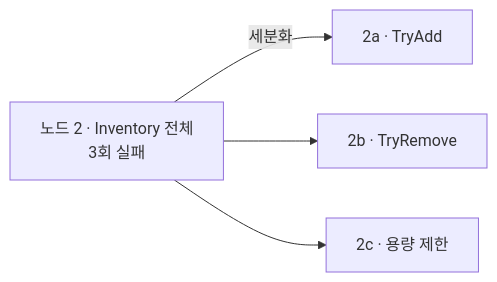
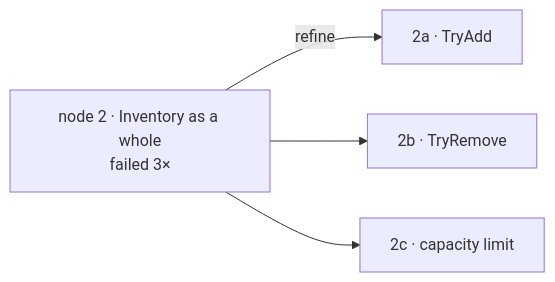
Before and after one commit to SeoBYP/GameDev-AgentLoop: the third of 11 diagrams in docs/ARCHITECTURE.md, drawn with Mermaid. The commit also changed other lines of this file and 21 other files, not shown here.

First line of the commit message:
오픈소스화 3단계 — 런타임 출력 영어 통일 + ARCHITECTURE 영어판

````diff
--- a/docs/ARCHITECTURE.md
+++ b/docs/ARCHITECTURE.md
@@ -129,6 +132,6 @@
 ```mermaid
 flowchart LR
-    A["노드 2 · Inventory 전체<br/>3회 실패"] -->|"세분화"| B1["2a · TryAdd"]
+    A["node 2 · Inventory as a whole<br/>failed 3×"] -->|"refine"| B1["2a · TryAdd"]
     A --> B2["2b · TryRemove"]
-    A --> B3["2c · 용량 제한"]
+    A --> B3["2c · capacity limit"]
 ```
````
